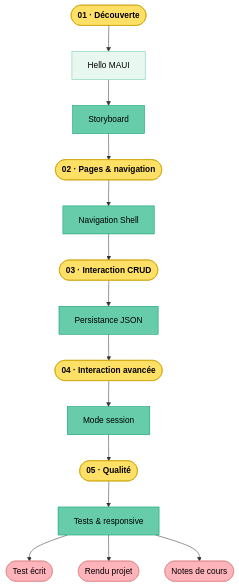
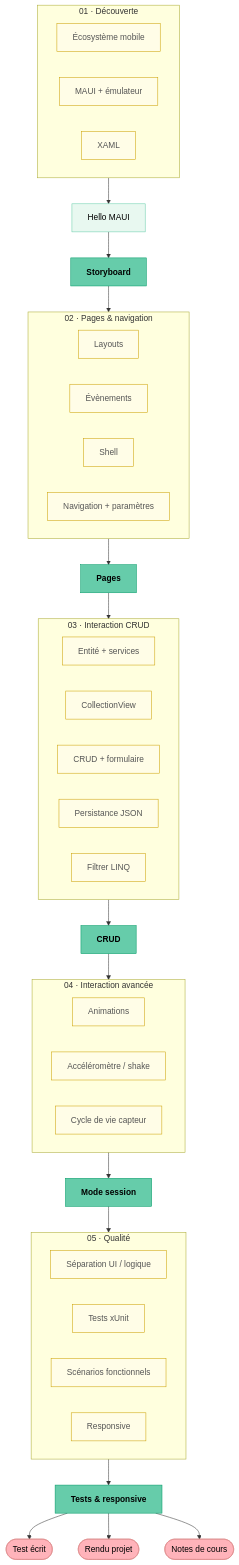
The diagram in README.md (ETML-INF/c-335-mobile), drawn with Mermaid before and after one commit. The commit also changed other lines of this file and 2 other files, not shown here.

Commit message:
fix(roadmap): better roadmap content + links and home page

````diff
--- a/README.md
+++ b/README.md
@@ -31,25 +28,63 @@
 ```mermaid
 flowchart TD
-    classDef theme fill:#FFE066,stroke:#CCA000,color:#000,font-weight:bold
-    classDef mission fill:#66CCAA,stroke:#009966,color:#000
+    classDef mission fill:#66CCAA,stroke:#009966,color:#000,font-weight:bold
     classDef eval fill:#FFB3BA,stroke:#DD8888,color:#000
     classDef activity fill:#e8f8f0,stroke:#66CCAA,color:#000
+    classDef skill fill:#FFFDE7,stroke:#CCA000,color:#555
 
-    T1(["01 · Découverte"]):::theme
+    subgraph SG1["01 · Découverte"]
+        direction LR
+        S1a["Écosystème mobile"]:::skill
+        S1b["MAUI + émulateur"]:::skill
+        S1c["XAML"]:::skill
+    end
+
     A0["Hello MAUI"]:::activity
     M1["Storyboard"]:::mission
-    T2(["02 · Pages & navigation"]):::theme
-    M2["Navigation Shell"]:::mission
-    T3(["03 · Interaction CRUD"]):::theme
-    M3["Persistance JSON"]:::mission
-    T4(["04 · Interaction avancée"]):::theme
+
+    subgraph SG2["02 · Pages & navigation"]
+        direction LR
+        S2a["Layouts"]:::skill
+        S2b["Évènements"]:::skill
+        S2c["Shell"]:::skill
+        S2d["Navigation + paramètres"]:::skill
+    end
+
+    M2["Pages"]:::mission
+
+    subgraph SG3["03 · Interaction CRUD"]
+        direction LR
+        S3a["Entité + services"]:::skill
+        S3b["CollectionView"]:::skill
+        S3c["CRUD + formulaire"]:::skill
+        S3d["Persistance JSON"]:::skill
+        S3e["Filtrer LINQ"]:::skill
+    end
+
+    M3["CRUD"]:::mission
+
+    subgraph SG4["04 · Interaction avancée"]
+        direction LR
+        S4a["Animations"]:::skill
+        S4b["Accéléromètre / shake"]:::skill
+        S4c["Cycle de vie capteur"]:::skill
+    end
+
     M4["Mode session"]:::mission
-    T5(["05 · Qualité"]):::theme
+
+    subgraph SG5["05 · Qualité"]
+        direction LR
+        S5a["Séparation UI / logique"]:::skill
+        S5b["Tests xUnit"]:::skill
+        S5c["Scénarios fonctionnels"]:::skill
+        S5d["Responsive"]:::skill
+    end
+
     M5["Tests & responsive"]:::mission
     E1(["Test écrit"]):::eval
     E2(["Rendu projet"]):::eval
     E3(["Notes de cours"]):::eval
 
-    T1 --> A0 --> M1 --> T2 --> M2 --> T3 --> M3 --> T4 --> M4 --> T5 --> M5
+    SG1 --> A0 --> M1 --> SG2 --> M2 --> SG3 --> M3 --> SG4 --> M4 --> SG5 --> M5
     M5 --> E1 & E2 & E3
 ```
````
